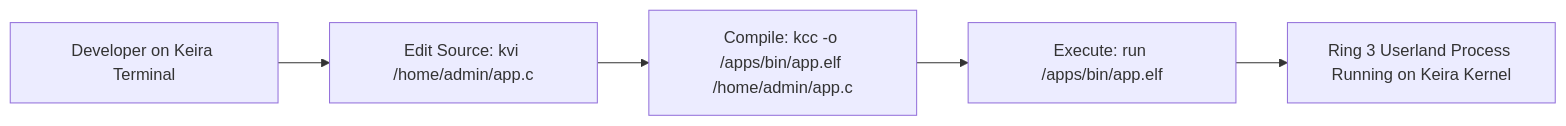
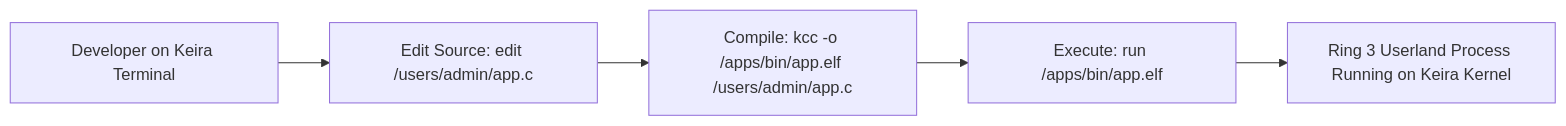
The diagram in docs/journey/userland_compiler.md (mrvlous/keira), drawn with Mermaid before and after one commit. The commit also changed 18 other files, not shown here.

````diff
--- a/docs/journey/userland_compiler.md
+++ b/docs/journey/userland_compiler.md
@@ -11,7 +11,7 @@
 ```mermaid
 graph LR
-    Dev["Developer on Keira Terminal"] --> Edit["Edit Source: kvi /home/admin/app.c"]
-    Edit --> Compile["Compile: kcc -o /apps/bin/app.elf /home/admin/app.c"]
+    Dev["Developer on Keira Terminal"] --> Edit["Edit Source: edit /users/admin/app.c"]
+    Edit --> Compile["Compile: kcc -o /apps/bin/app.elf /users/admin/app.c"]
     Compile --> Run["Execute: run /apps/bin/app.elf"]
     Run --> Output["Ring 3 Userland Process Running on Keira Kernel"]
 ```
````
